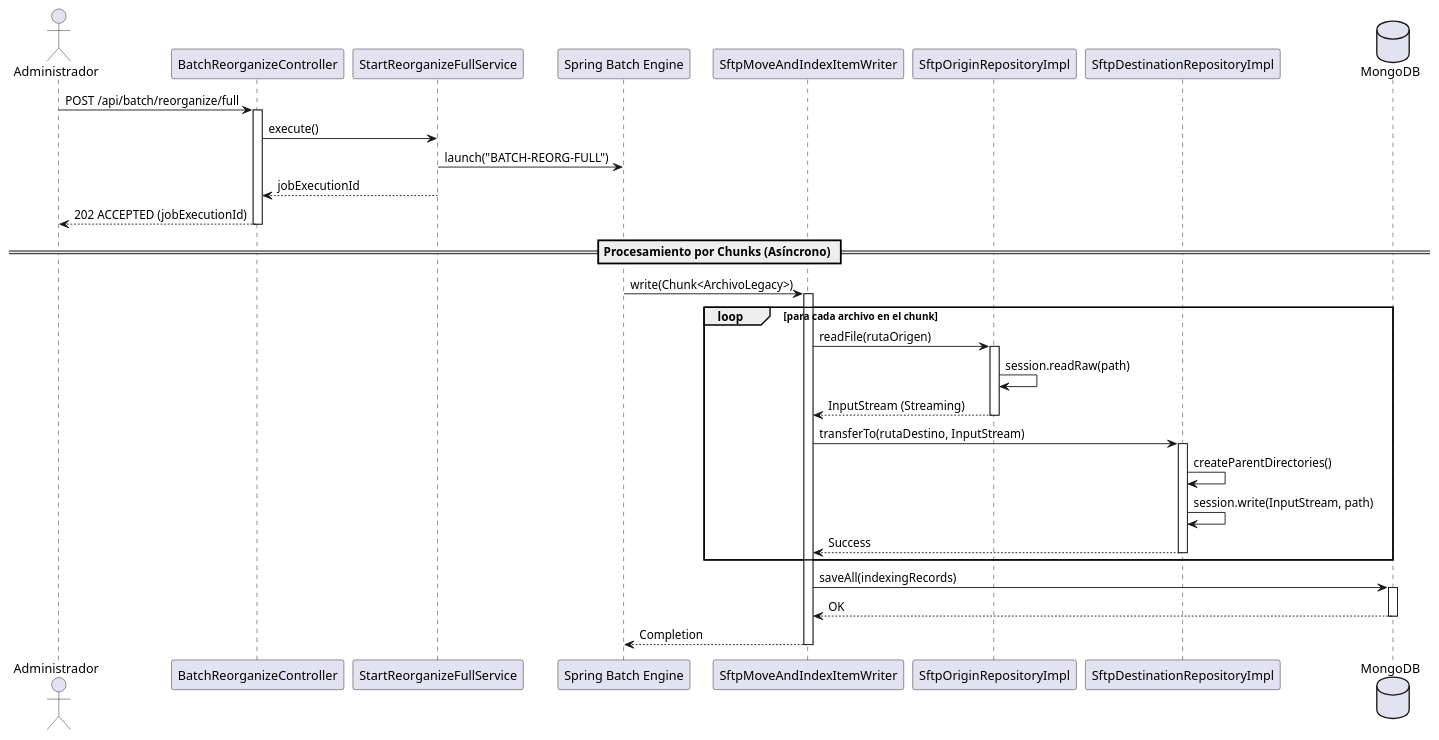
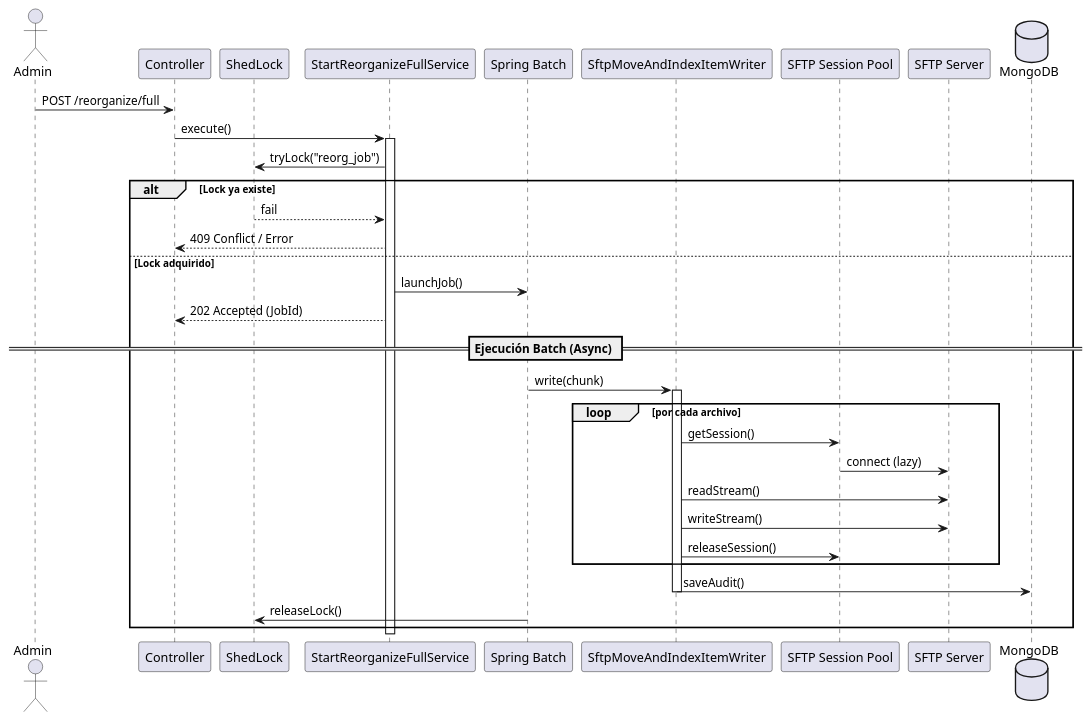
One commit to hahuaranga/dvsmart_reorganization_api changed the diagram in diagrama_secuencia.puml. Above: the diagram before and after it, drawn with PlantUML. The commit also changed 5 other files, not shown here.

Commit message:
Se agrega tolerancia a fallos para batch, diagramas y cierre de sesion en fallo Signed-off-by: hecto <hecto@Hector_Huaranga.mshome.net>

```diff
--- a/diagrama_secuencia.puml
+++ b/diagrama_secuencia.puml
@@ -1,44 +1,42 @@
 @startuml
-actor "Administrador" as User
-participant "BatchReorganizeController" as CTRL
+actor "Admin" as User
+participant "Controller" as CTRL
+participant "ShedLock" as LOCK
 participant "StartReorganizeFullService" as SVC
-participant "Spring Batch Engine" as BATCH
+participant "Spring Batch" as BATCH
 participant "SftpMoveAndIndexItemWriter" as WRITER
-participant "SftpOriginRepositoryImpl" as ORIG
-participant "SftpDestinationRepositoryImpl" as DEST
+participant "SFTP Session Pool" as POOL
+participant "SFTP Server" as SFTP
 database "MongoDB" as DB
 
-User -> CTRL : POST /api/batch/reorganize/full
-activate CTRL
+User -> CTRL : POST /reorganize/full
 CTRL -> SVC : execute()
-SVC -> BATCH : launch("BATCH-REORG-FULL")
-CTRL <-- SVC : jobExecutionId
-User <-- CTRL : 202 ACCEPTED (jobExecutionId)
-deactivate CTRL
+activate SVC
 
-== Procesamiento por Chunks (Asíncrono) ==
-BATCH -> WRITER : write(Chunk<ArchivoLegacy>)
-activate WRITER
-loop para cada archivo en el chunk
-    WRITER -> ORIG : readFile(rutaOrigen)
-    activate ORIG
-    ORIG -> ORIG : session.readRaw(path)
-    ORIG --> WRITER : InputStream (Streaming)
-    deactivate ORIG
+SVC -> LOCK : tryLock("reorg_job")
+alt Lock ya existe
+    SVC <-- LOCK : fail
+    CTRL <-- SVC : 409 Conflict / Error
+else Lock adquirido
+    SVC -> BATCH : launchJob()
+    CTRL <-- SVC : 202 Accepted (JobId)
     
-    WRITER -> DEST : transferTo(rutaDestino, InputStream)
-    activate DEST
-    DEST -> DEST : createParentDirectories()
-    DEST -> DEST : session.write(InputStream, path)
-    DEST --> WRITER : Success
-    deactivate DEST
+    == Ejecución Batch (Async) ==
+    BATCH -> WRITER : write(chunk)
+    activate WRITER
+    
+    loop por cada archivo
+        WRITER -> POOL : getSession()
+        POOL -> SFTP : connect (lazy)
+        WRITER -> SFTP : readStream()
+        WRITER -> SFTP : writeStream()
+        WRITER -> POOL : releaseSession()
+    end
+    
+    WRITER -> DB : saveAudit()
+    deactivate WRITER
+    
+    BATCH -> LOCK : releaseLock()
 end
-
-WRITER -> DB : saveAll(indexingRecords)
-activate DB
-DB --> WRITER : OK
-deactivate DB
-
-BATCH <-- WRITER : Completion
-deactivate WRITER
+deactivate SVC
 @enduml
```
